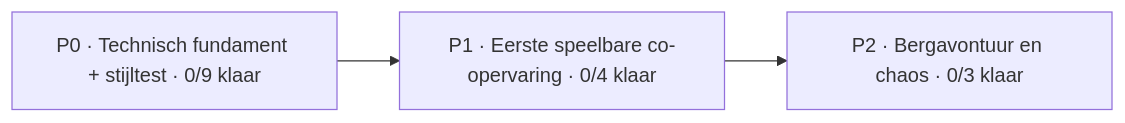
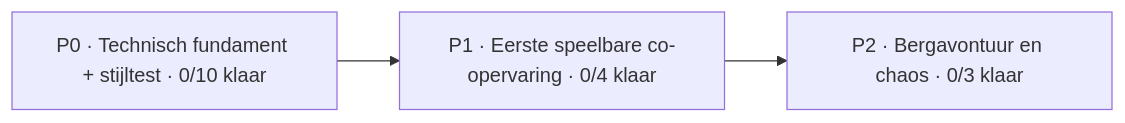
The diagram in Docs/PROJECT_BOARD.md (mlemson/conductor-chaos), drawn with Mermaid before and after one commit. The commit also changed other lines of this file, not shown here.

````diff
--- a/Docs/PROJECT_BOARD.md
+++ b/Docs/PROJECT_BOARD.md
@@ -13,7 +13,7 @@
 ```mermaid
 flowchart LR
-    P0["P0 · Technisch fundament + stijltest · 0/9 klaar"]
+    P0["P0 · Technisch fundament + stijltest · 0/10 klaar"]
     P1["P1 · Eerste speelbare co-opervaring · 0/4 klaar"]
     P2["P2 · Bergavontuur en chaos · 0/3 klaar"]
     P0 --> P1 --> P2
 ```
````
